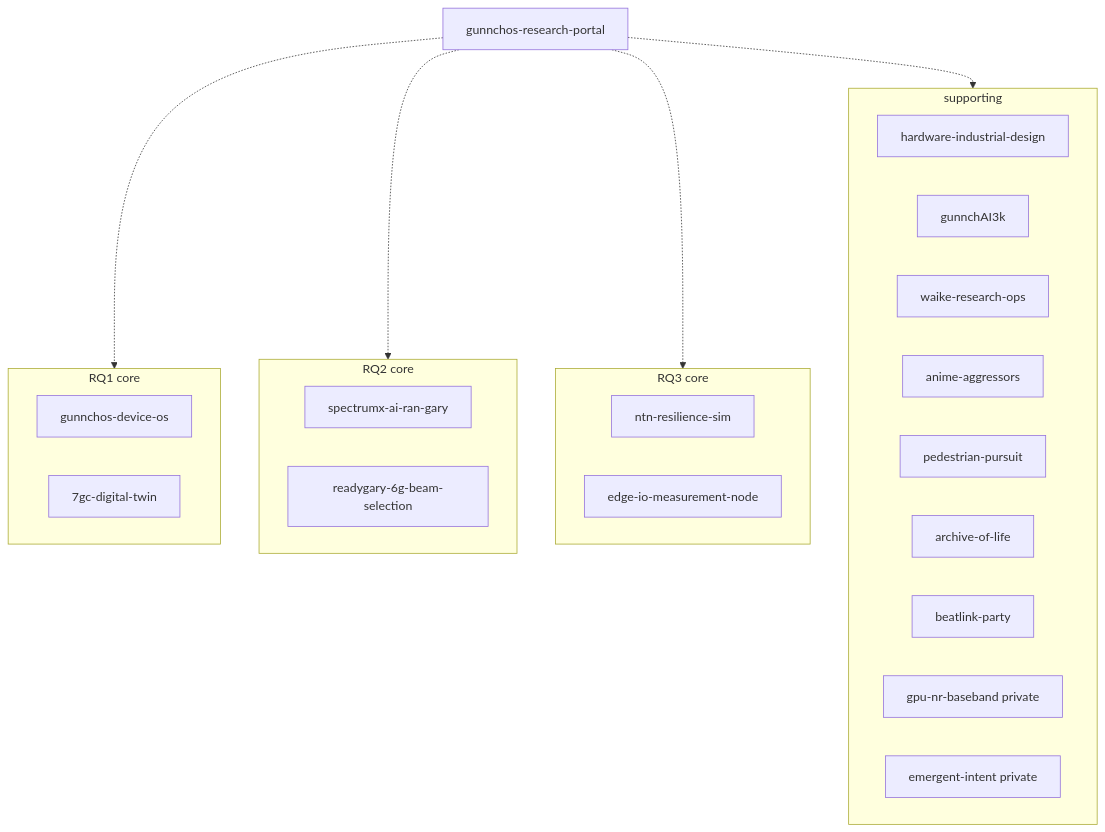
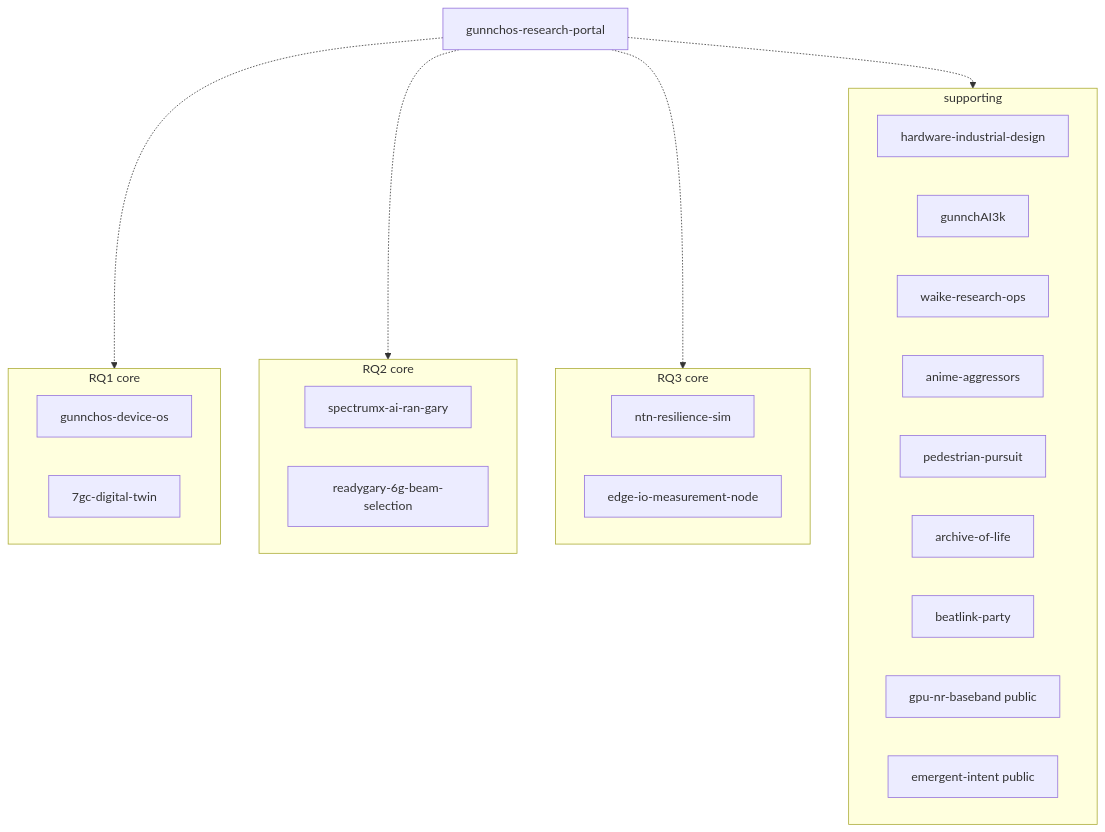
One commit to gunnchOS3k/gunnchos-research-portal changed the diagram in docs/uml/current/package_repository.md. Above: the diagram before and after it, drawn with Mermaid. The commit also changed 21 other files, not shown here.

First line of the commit message:
Record Pixel 6a digital smoke PASS and public GPU NR / emergent repos.

````diff
--- a/docs/uml/current/package_repository.md
+++ b/docs/uml/current/package_repository.md
@@ -5,31 +5,31 @@
 ```mermaid
 flowchart TB
   P[gunnchos-research-portal]
   subgraph rq1 [RQ1 core]
     OS[gunnchos-device-os]
     T7[7gc-digital-twin]
   end
   subgraph rq2 [RQ2 core]
     SX[spectrumx-ai-ran-gary]
     RG[readygary-6g-beam-selection]
   end
   subgraph rq3 [RQ3 core]
     NTN[ntn-resilience-sim]
     EIO[edge-io-measurement-node]
   end
   subgraph sup [supporting]
     HW[hardware-industrial-design]
     AI[gunnchAI3k]
     WK[waike-research-ops]
     G1[anime-aggressors]
     G2[pedestrian-pursuit]
     G3[archive-of-life]
     G4[beatlink-party]
-    GPU[gpu-nr-baseband private]
-    EM[emergent-intent private]
+    GPU[gpu-nr-baseband public]
+    EM[emergent-intent public]
   end
   P -.-> rq1
   P -.-> rq2
   P -.-> rq3
   P -.-> sup
 ```
````
